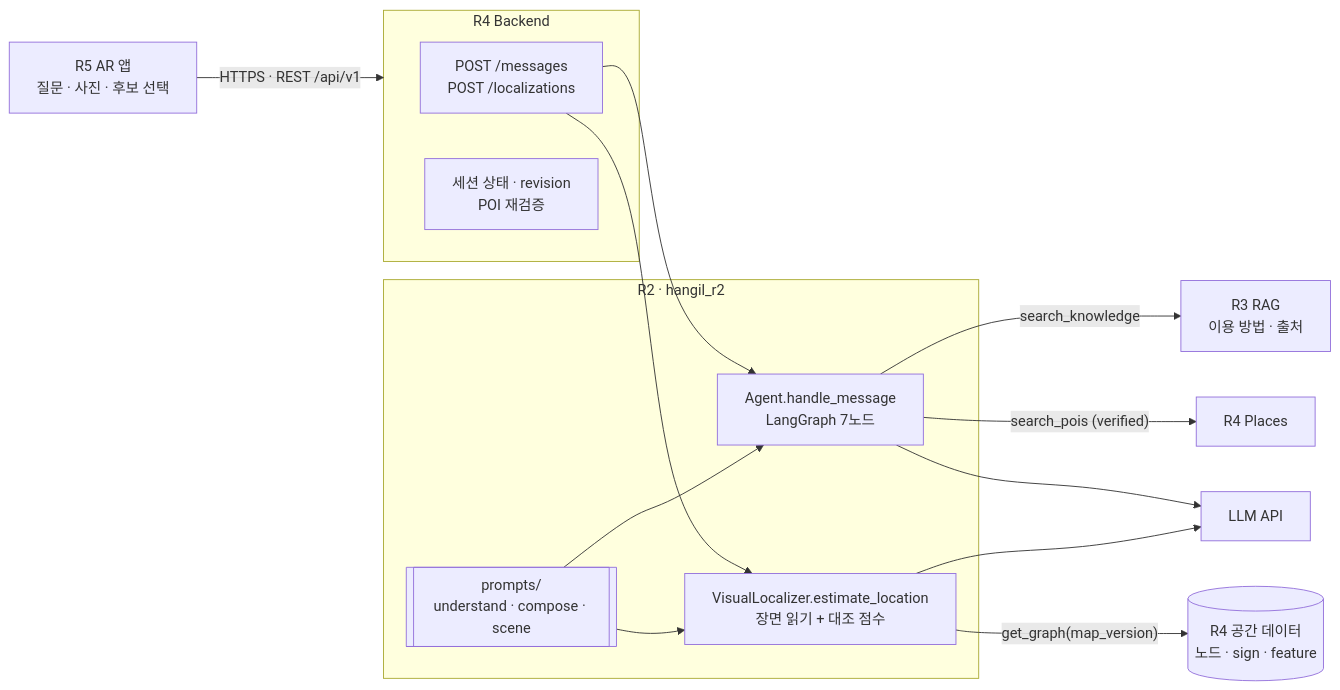
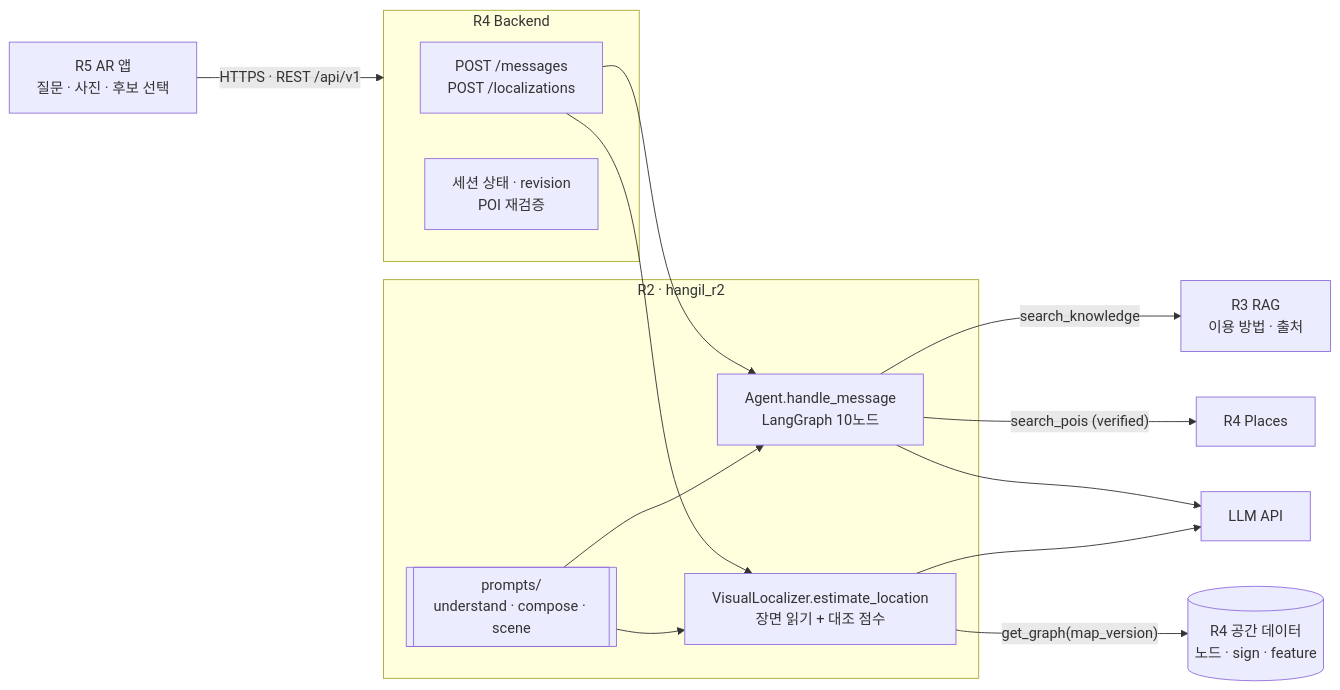
One commit to team-onetruck/oneload_agent changed the diagram in docs/STEP05.md. Above: the diagram before and after it, drawn with Mermaid. The commit also changed other lines of this file and 15 other files, not shown here.

````diff
--- a/docs/STEP05.md
+++ b/docs/STEP05.md
@@ -7,25 +7,25 @@
 ```mermaid
 flowchart LR
   APP["R5 AR 앱<br/>질문 · 사진 · 후보 선택"] -- "HTTPS · REST /api/v1" --> BE
 
   subgraph BE[R4 Backend]
     API["POST /messages<br/>POST /localizations"]
     STATE["세션 상태 · revision<br/>POI 재검증"]
   end
 
   subgraph R2[R2 · hangil_r2]
-    AG["Agent.handle_message<br/>LangGraph 7노드"]
+    AG["Agent.handle_message<br/>LangGraph 10노드"]
     VL["VisualLocalizer.estimate_location<br/>장면 읽기 + 대조 점수"]
     PR[["prompts/<br/>understand · compose · scene"]]
   end
 
   API --> AG
   API --> VL
   PR --> AG
   PR --> VL
   AG -- "search_knowledge" --> RAG["R3 RAG<br/>이용 방법 · 출처"]
   AG -- "search_pois (verified)" --> PL["R4 Places"]
   VL -- "get_graph(map_version)" --> MAP[("R4 공간 데이터<br/>노드 · sign · feature")]
   AG --> LLM["LLM API"]
   VL --> LLM
 ```
````
